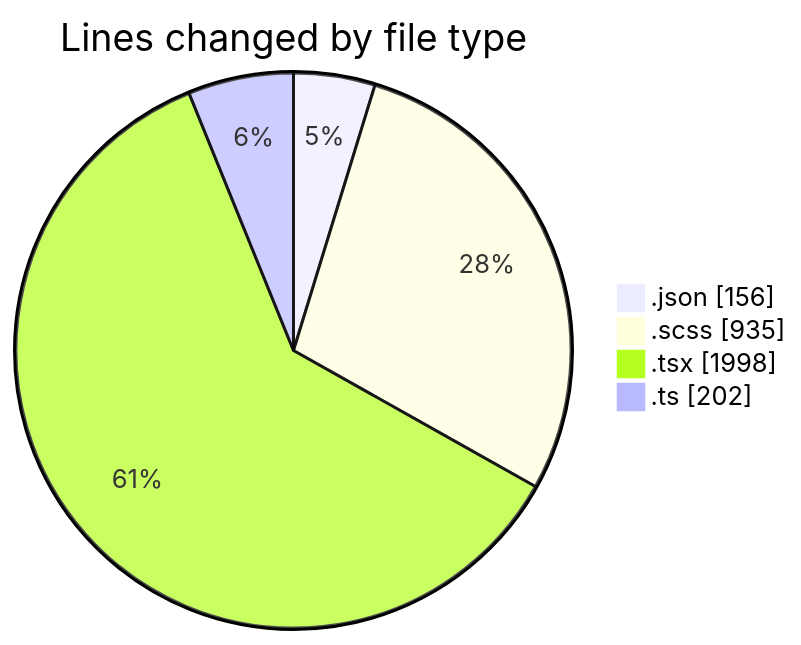
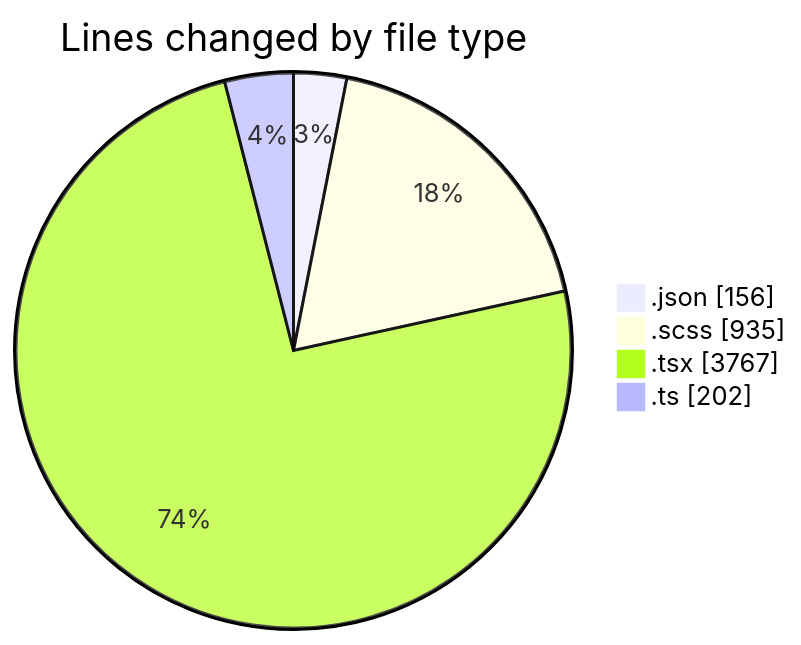
Before and after one commit to momahboobian/code-tracking: the first of 2 diagrams in 2026-02-17/cda/README.md, drawn with Mermaid. The commit also changed other lines of this file and 1 other file, not shown here.

````diff
--- a/2026-02-17/cda/README.md
+++ b/2026-02-17/cda/README.md
@@ -31,8 +32,8 @@
 ```mermaid
 pie showData
 title Lines changed by file type
 ".json" : 156
 ".scss" : 935
-".tsx" : 1998
+".tsx" : 3767
 ".ts" : 202
 ```
````
